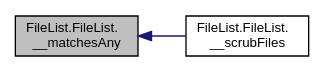
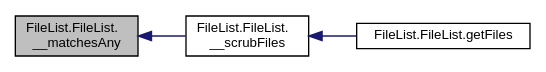
Before and after one commit to CodeMonk/dBackup: the diagram in docs/classFileList_1_1FileList_a6a925e90c68104188c181fbeba0b0ae4_icgraph.dot, drawn with Graphviz. The commit also changed 111 other files, not shown here.

```diff
--- a/docs/classFileList_1_1FileList_a6a925e90c68104188c181fbeba0b0ae4_icgraph.dot
+++ b/docs/classFileList_1_1FileList_a6a925e90c68104188c181fbeba0b0ae4_icgraph.dot
@@ -1,9 +1,11 @@
 digraph "FileList.FileList.__matchesAny"
 {
   edge [fontname="Helvetica",fontsize="10",labelfontname="Helvetica",labelfontsize="10"];
   node [fontname="Helvetica",fontsize="10",shape=record];
   rankdir="LR";
   Node1 [label="FileList.FileList.\l__matchesAny",height=0.2,width=0.4,color="black", fillcolor="grey75", style="filled", fontcolor="black"];
   Node1 -> Node2 [dir="back",color="midnightblue",fontsize="10",style="solid",fontname="Helvetica"];
   Node2 [label="FileList.FileList.\l__scrubFiles",height=0.2,width=0.4,color="black", fillcolor="white", style="filled",URL="$classFileList_1_1FileList.html#a9335e24c3274c3e5c36263c3da33a1e4",tooltip="Remove any files from list that match excludes, and return the scrubbed array. "];
+  Node2 -> Node3 [dir="back",color="midnightblue",fontsize="10",style="solid",fontname="Helvetica"];
+  Node3 [label="FileList.FileList.getFiles",height=0.2,width=0.4,color="black", fillcolor="white", style="filled",URL="$classFileList_1_1FileList.html#a229769765bc69c318ba73c00ee7910ef",tooltip="Return an array of the files found matching our parameters. "];
 }
```
